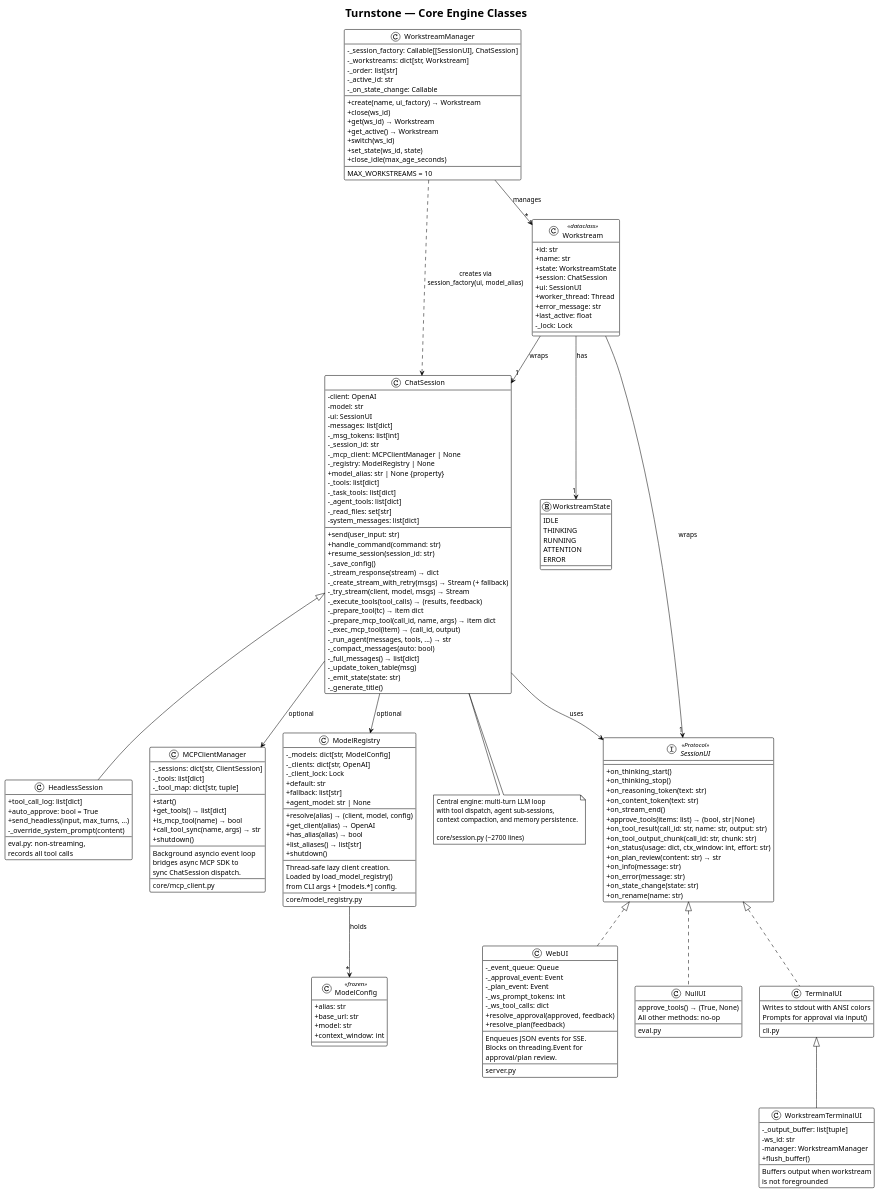
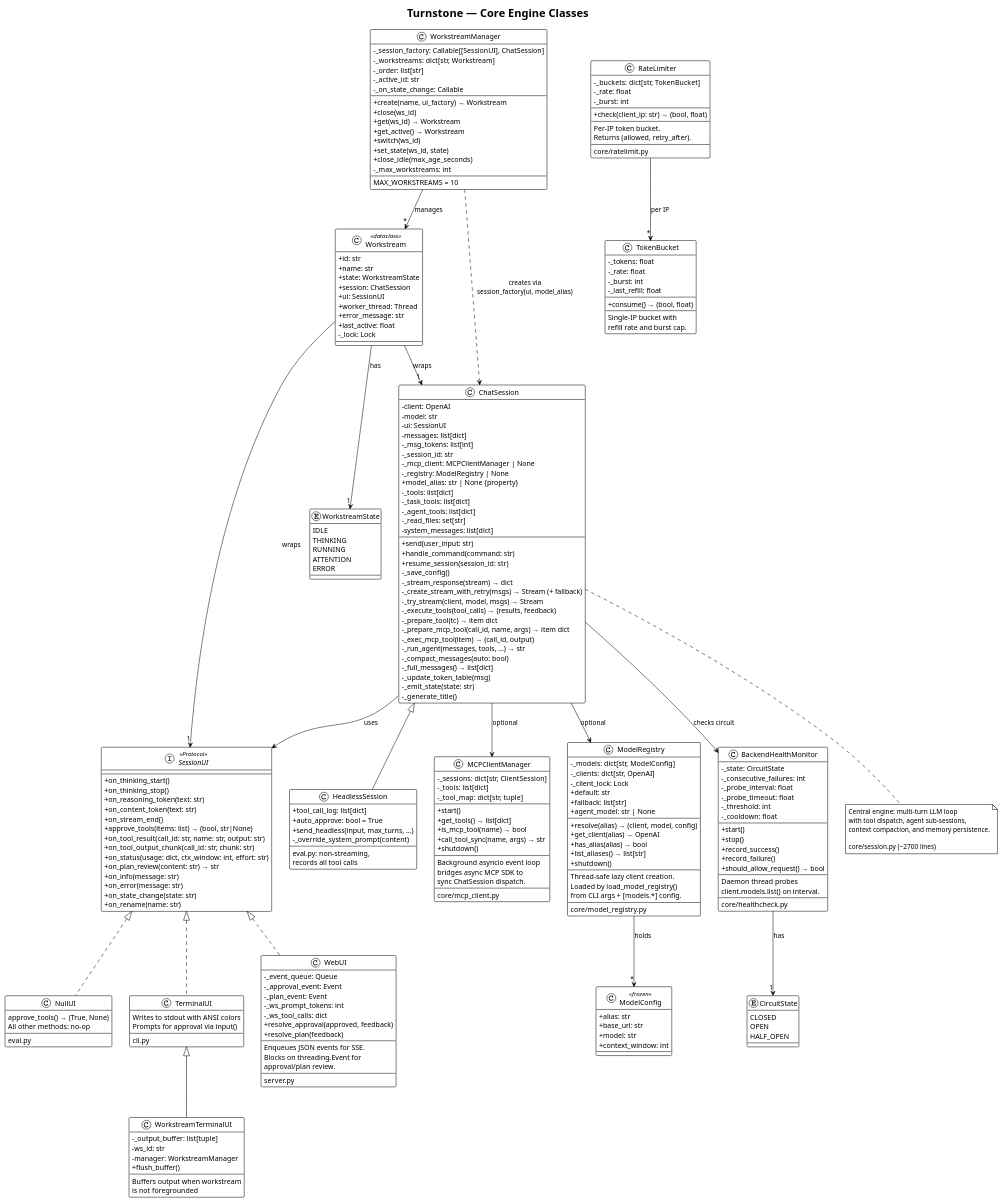
The diagram in docs/diagrams/03-core-engine-classes.puml (turnstonelabs/turnstone), drawn with PlantUML before and after one commit. The commit also changed 24 other files, not shown here.

First line of the commit message:
Add operational features: health degradation, rate limiting, workstream eviction

```diff
--- a/docs/diagrams/03-core-engine-classes.puml
+++ b/docs/diagrams/03-core-engine-classes.puml
@@ -125,6 +125,7 @@
     + switch(ws_id)
     + set_state(ws_id, state)
     + close_idle(max_age_seconds)
+    - _max_workstreams: int
     --
     MAX_WORKSTREAMS = 10
 }
@@ -199,6 +200,61 @@
     + context_window: int
 }
 
+' Circuit breaker state
+enum "CircuitState" as CircuitState {
+    CLOSED
+    OPEN
+    HALF_OPEN
+}
+
+' BackendHealthMonitor
+class "BackendHealthMonitor" as HealthMon {
+    - _state: CircuitState
+    - _consecutive_failures: int
+    - _probe_interval: float
+    - _probe_timeout: float
+    - _threshold: int
+    - _cooldown: float
+    --
+    + start()
+    + stop()
+    + record_success()
+    + record_failure()
+    + should_allow_request() → bool
+    --
+    Daemon thread probes
+    client.models.list() on interval.
+    --
+    core/healthcheck.py
+}
+
+' RateLimiter
+class "RateLimiter" as RateLimiter {
+    - _buckets: dict[str, TokenBucket]
+    - _rate: float
+    - _burst: int
+    --
+    + check(client_ip: str) → (bool, float)
+    --
+    Per-IP token bucket.
+    Returns (allowed, retry_after).
+    --
+    core/ratelimit.py
+}
+
+' TokenBucket
+class "TokenBucket" as TokenBucket {
+    - _tokens: float
+    - _rate: float
+    - _burst: int
+    - _last_refill: float
+    --
+    + consume() → (bool, float)
+    --
+    Single-IP bucket with
+    refill rate and burst cap.
+}
+
 ' Relationships
 SessionUI <|.. TerminalUI
 TerminalUI <|-- WsTermUI
@@ -219,6 +275,10 @@
 
 ModelReg --> "*" ModelCfg : holds
 
+ChatSession --> HealthMon : checks circuit
+HealthMon --> "1" CircuitState : has
+RateLimiter --> "*" TokenBucket : per IP
+
 note bottom of ChatSession
   Central engine: multi-turn LLM loop
   with tool dispatch, agent sub-sessions,
```
